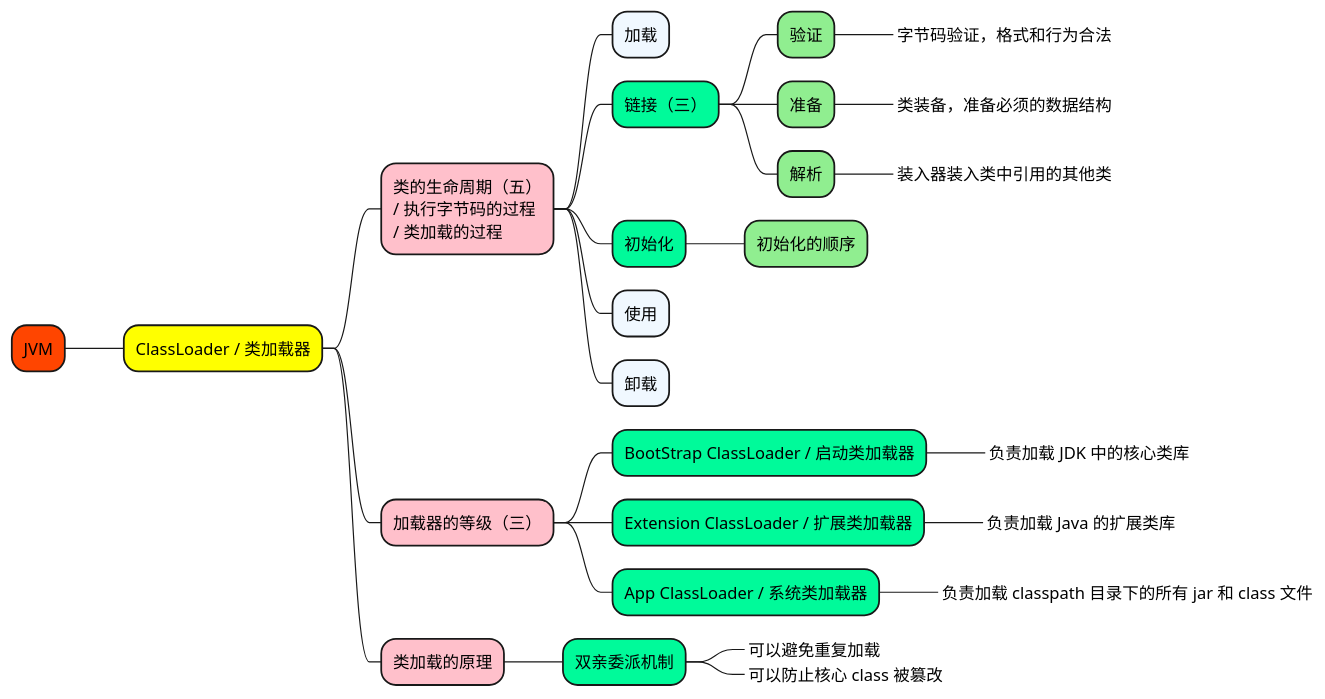
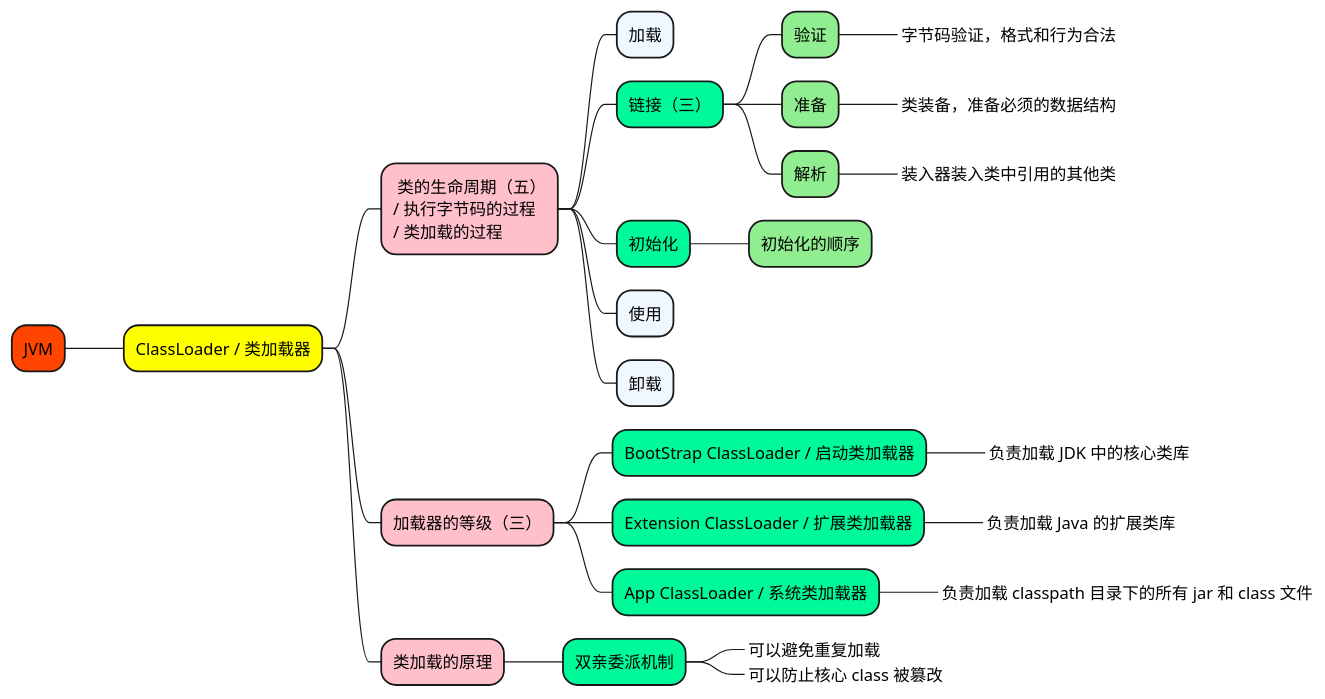
The diagram in 1_map/java/JVM-类加载器.puml (doveg/self-cultivation-of-a-software-engineer), drawn with PlantUML before and after one commit. The commit also changed 3 other files, not shown here.

```diff
--- a/1_map/java/JVM-类加载器.puml
+++ b/1_map/java/JVM-类加载器.puml
@@ -1,39 +1,39 @@
 @startmindmap
 
 +[#OrangeRed] JVM
 
 ++[#yellow] ClassLoader / 类加载器
 
-***[#Pink]:类的生命周期（五）
+***[#Pink]: 类的生命周期（五）
 / 执行字节码的过程
 / 类加载的过程;
 ++++[#AliceBlue] 加载
 ++++[#MediumSpringGreen] 链接（三）
 +++++[#LightGreen] 验证
 ++++++_ 字节码验证，格式和行为合法
 +++++[#LightGreen] 准备
 ++++++_ 类装备，准备必须的数据结构
 +++++[#LightGreen] 解析
 ++++++_ 装入器装入类中引用的其他类
 ++++[#MediumSpringGreen] 初始化
 +++++[#LightGreen] 初始化的顺序
 ++++[#AliceBlue] 使用
 ++++[#AliceBlue] 卸载
 
 
 +++[#Pink]  加载器的等级（三）
 ++++[#MediumSpringGreen] BootStrap ClassLoader / 启动类加载器
 +++++[#AliceBlue]_ 负责加载 JDK 中的核心类库
 ++++[#MediumSpringGreen] Extension ClassLoader / 扩展类加载器
 +++++[#AliceBlue]_ 负责加载 Java 的扩展类库
 ++++[#MediumSpringGreen] App ClassLoader / 系统类加载器
 +++++[#AliceBlue]_ 负责加载 classpath 目录下的所有 jar 和 class 文件
 
 
 +++[#Pink]  类加载的原理
 ++++[#MediumSpringGreen] 双亲委派机制
 +++++[#AliceBlue]_ 可以避免重复加载
 +++++[#AliceBlue]_ 可以防止核心 class 被篡改
 
 
 @endmindmap
```
